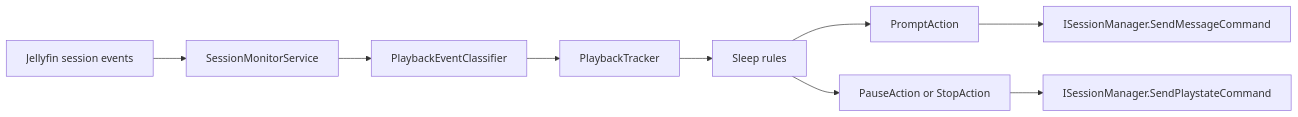
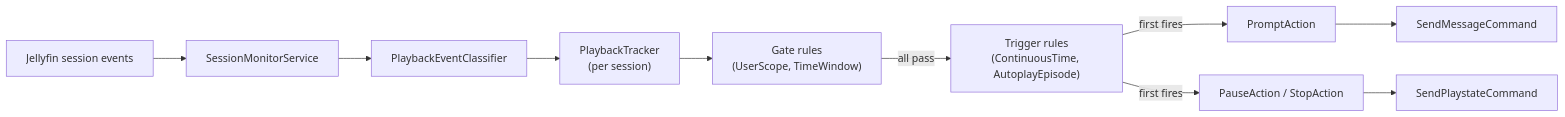
Before and after one commit to thisispivi/JellyfinSleepGuard: the diagram in README.md, drawn with Mermaid. The commit also changed other lines of this file and 43 other files, not shown here.

````diff
--- a/README.md
+++ b/README.md
@@ -119,11 +142,12 @@
 ```mermaid
 flowchart LR
   A["Jellyfin session events"] --> B["SessionMonitorService"]
   B --> C["PlaybackEventClassifier"]
-  C --> D["PlaybackTracker"]
-  D --> E["Sleep rules"]
-  E --> F["PromptAction"]
-  E --> G["PauseAction or StopAction"]
-  F --> H["ISessionManager.SendMessageCommand"]
-  G --> I["ISessionManager.SendPlaystateCommand"]
+  C --> D["PlaybackTracker\n(per session)"]
+  D --> E["Gate rules\n(UserScope, TimeWindow)"]
+  E -- "all pass" --> F["Trigger rules\n(ContinuousTime, AutoplayEpisode)"]
+  F -- "first fires" --> G["PromptAction"]
+  F -- "first fires" --> H["PauseAction / StopAction"]
+  G --> I["SendMessageCommand"]
+  H --> J["SendPlaystateCommand"]
 ```
````
